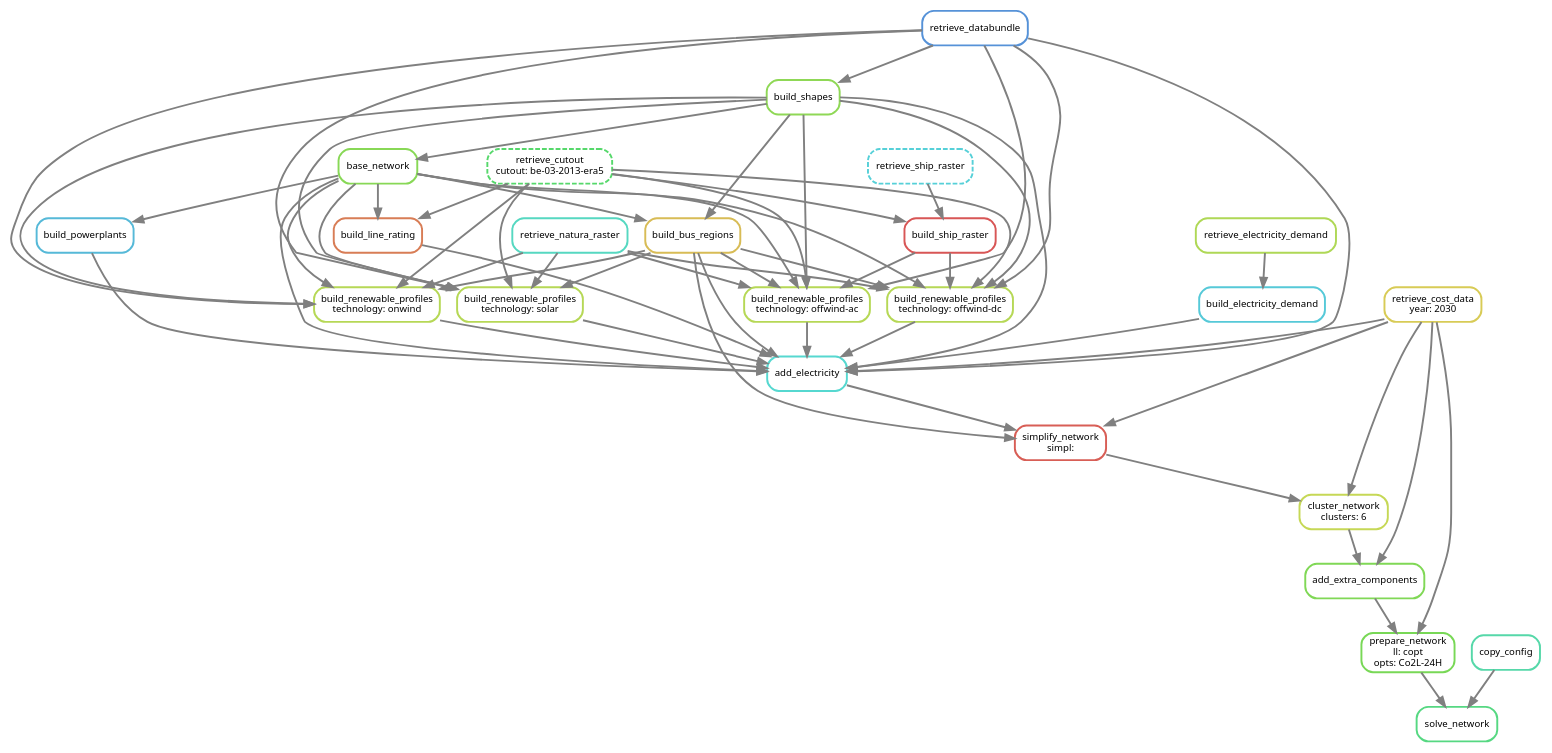
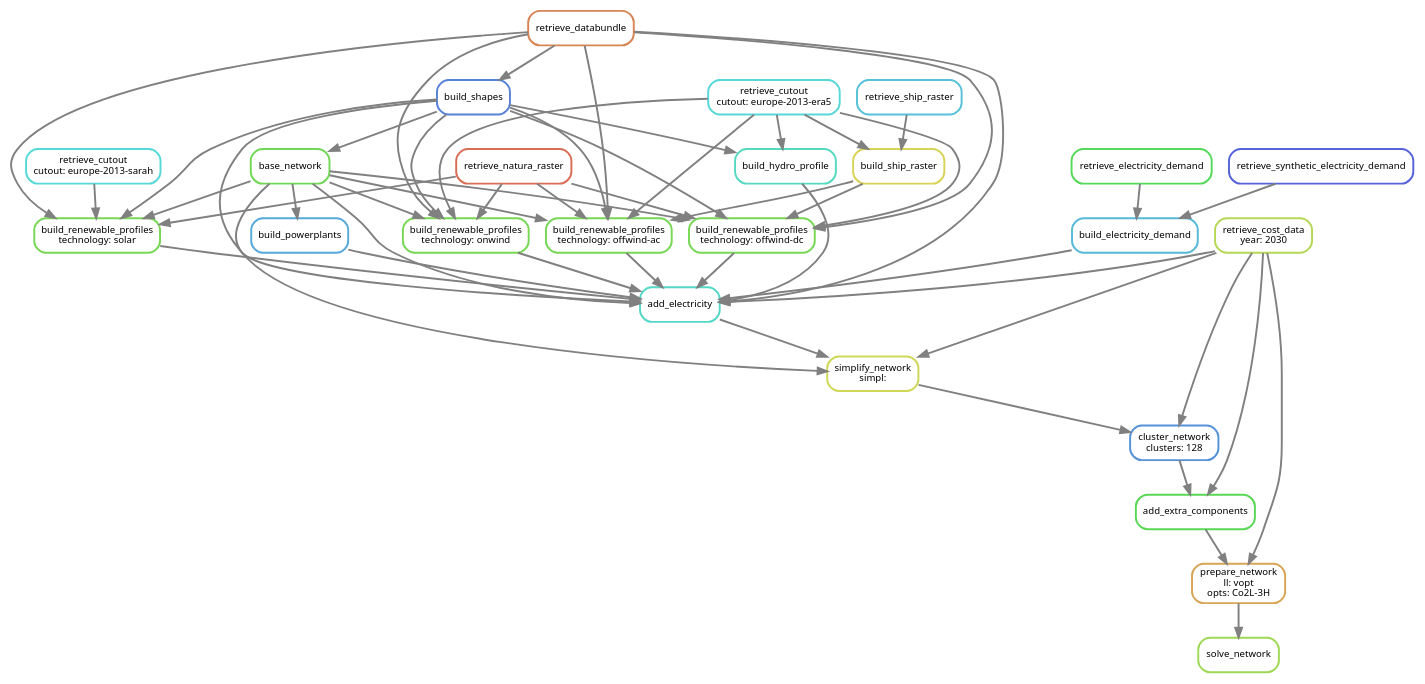
The diagram in doc/tutorial.rst (AGGM-AG/pypsa-at), drawn with Graphviz before and after one commit. The commit also changed other lines of this file and 4 other files, not shown here.

Commit message:
Update documentation to reflect removal of `build_bus_regions` rule

```diff
--- a/doc/tutorial.rst
+++ b/doc/tutorial.rst
@@ -133,32 +133,31 @@
         graph[bgcolor=white, margin=0];
         node[shape=box, style=rounded, fontname=sans,                 fontsize=10, penwidth=2];
         edge[penwidth=2, color=grey];
-            0[label = "solve_network", color = "0.39 0.6 0.85", style="rounded"];
-            1[label = "prepare_network\nll: copt\nopts: Co2L-24H", color = "0.29 0.6 0.85", style="rounded"];
-            2[label = "add_extra_components", color = "0.28 0.6 0.85", style="rounded"];
-            3[label = "cluster_network\nclusters: 6", color = "0.19 0.6 0.85", style="rounded"];
-            4[label = "simplify_network\nsimpl: ", color = "0.01 0.6 0.85", style="rounded"];
-            5[label = "add_electricity", color = "0.49 0.6 0.85", style="rounded"];
-            6[label = "build_renewable_profiles\ntechnology: solar", color = "0.21 0.6 0.85", style="rounded"];
-            7[label = "base_network", color = "0.27 0.6 0.85", style="rounded"];
-            8[label = "build_shapes", color = "0.26 0.6 0.85", style="rounded"];
-            9[label = "retrieve_databundle", color = "0.59 0.6 0.85", style="rounded"];
-            10[label = "retrieve_natura_raster", color = "0.47 0.6 0.85", style="rounded"];
-            11[label = "build_bus_regions", color = "0.13 0.6 0.85", style="rounded"];
-            12[label = "retrieve_cutout\ncutout: be-03-2013-era5", color = "0.36 0.6 0.85", style="rounded,dashed"];
-            13[label = "build_renewable_profiles\ntechnology: onwind", color = "0.21 0.6 0.85", style="rounded"];
-            14[label = "build_renewable_profiles\ntechnology: offwind-ac", color = "0.21 0.6 0.85", style="rounded"];
-            15[label = "build_ship_raster", color = "0.00 0.6 0.85", style="rounded"];
-            16[label = "retrieve_ship_raster", color = "0.51 0.6 0.85", style="rounded,dashed"];
-            17[label = "build_renewable_profiles\ntechnology: offwind-dc", color = "0.21 0.6 0.85", style="rounded"];
-            18[label = "build_line_rating", color = "0.05 0.6 0.85", style="rounded"];
-            19[label = "retrieve_cost_data\nyear: 2030", color = "0.15 0.6 0.85", style="rounded"];
-            20[label = "build_powerplants", color = "0.54 0.6 0.85", style="rounded"];
-            21[label = "build_electricity_demand", color = "0.52 0.6 0.85", style="rounded"];
-            22[label = "retrieve_electricity_demand", color = "0.22 0.6 0.85", style="rounded"];
-            23[label = "copy_config", color = "0.44 0.6 0.85", style="rounded"];
+            0[label = "solve_network", color = "0.24 0.6 0.85", style="rounded"];
+            1[label = "prepare_network\nll: vopt\nopts: Co2L-3H", color = "0.10 0.6 0.85", style="rounded"];
+            2[label = "add_extra_components", color = "0.33 0.6 0.85", style="rounded"];
+            3[label = "cluster_network\nclusters: 128", color = "0.59 0.6 0.85", style="rounded"];
+            4[label = "simplify_network\nsimpl: ", color = "0.18 0.6 0.85", style="rounded"];
+            5[label = "add_electricity", color = "0.48 0.6 0.85", style="rounded"];
+            6[label = "build_renewable_profiles\ntechnology: solar", color = "0.29 0.6 0.85", style="rounded"];
+            7[label = "base_network", color = "0.30 0.6 0.85", style="rounded"];
+            8[label = "build_shapes", color = "0.61 0.6 0.85", style="rounded"];
+            9[label = "retrieve_databundle", color = "0.06 0.6 0.85", style="rounded"];
+            10[label = "retrieve_natura_raster", color = "0.03 0.6 0.85", style="rounded"];
+            11[label = "retrieve_cutout\ncutout: europe-2013-sarah", color = "0.50 0.6 0.85", style="rounded"];
+            12[label = "build_renewable_profiles\ntechnology: onwind", color = "0.29 0.6 0.85", style="rounded"];
+            13[label = "retrieve_cutout\ncutout: europe-2013-era5", color = "0.50 0.6 0.85", style="rounded"];
+            14[label = "build_renewable_profiles\ntechnology: offwind-ac", color = "0.29 0.6 0.85", style="rounded"];
+            15[label = "build_ship_raster", color = "0.16 0.6 0.85", style="rounded"];
+            16[label = "retrieve_ship_raster", color = "0.53 0.6 0.85", style="rounded"];
+            17[label = "build_renewable_profiles\ntechnology: offwind-dc", color = "0.29 0.6 0.85", style="rounded"];
+            18[label = "build_hydro_profile", color = "0.47 0.6 0.85", style="rounded"];
+            19[label = "retrieve_cost_data\nyear: 2030", color = "0.21 0.6 0.85", style="rounded"];
+            20[label = "build_powerplants", color = "0.56 0.6 0.85", style="rounded"];
+            21[label = "build_electricity_demand", color = "0.54 0.6 0.85", style="rounded"];
+            22[label = "retrieve_electricity_demand", color = "0.34 0.6 0.85", style="rounded"];
+            23[label = "retrieve_synthetic_electricity_demand", color = "0.65 0.6 0.85", style="rounded"];
             1 -> 0
-            23 -> 0
             2 -> 1
             19 -> 1
             3 -> 2
@@ -167,15 +166,14 @@
             19 -> 3
             5 -> 4
             19 -> 4
-            11 -> 4
+            7 -> 4
             6 -> 5
-            13 -> 5
+            12 -> 5
             14 -> 5
             17 -> 5
+            18 -> 5
             7 -> 5
-            18 -> 5
             19 -> 5
-            11 -> 5
             20 -> 5
             9 -> 5
             21 -> 5
@@ -185,35 +183,30 @@
             10 -> 6
             8 -> 6
             11 -> 6
-            12 -> 6
             8 -> 7
             9 -> 8
-            8 -> 11
-            7 -> 11
-            7 -> 13
-            9 -> 13
-            10 -> 13
-            8 -> 13
-            11 -> 13
-            12 -> 13
+            7 -> 12
+            9 -> 12
+            10 -> 12
+            8 -> 12
+            13 -> 12
             7 -> 14
             9 -> 14
             10 -> 14
             15 -> 14
             8 -> 14
-            11 -> 14
-            12 -> 14
+            13 -> 14
             16 -> 15
-            12 -> 15
+            13 -> 15
             7 -> 17
             9 -> 17
             10 -> 17
             15 -> 17
             8 -> 17
-            11 -> 17
-            12 -> 17
-            7 -> 18
-            12 -> 18
+            13 -> 17
+            8 -> 18
+            13 -> 18
             7 -> 20
             22 -> 21
+            23 -> 21
     }
```
